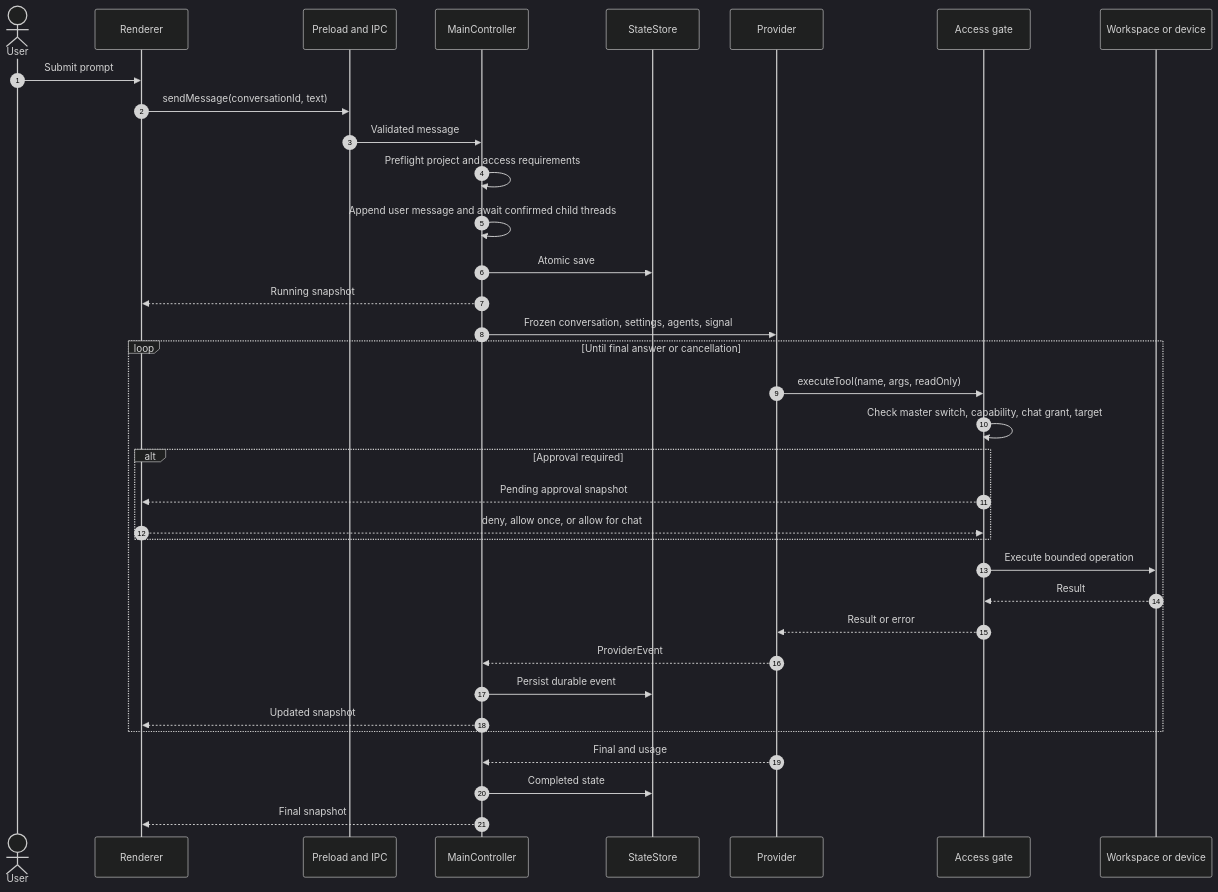
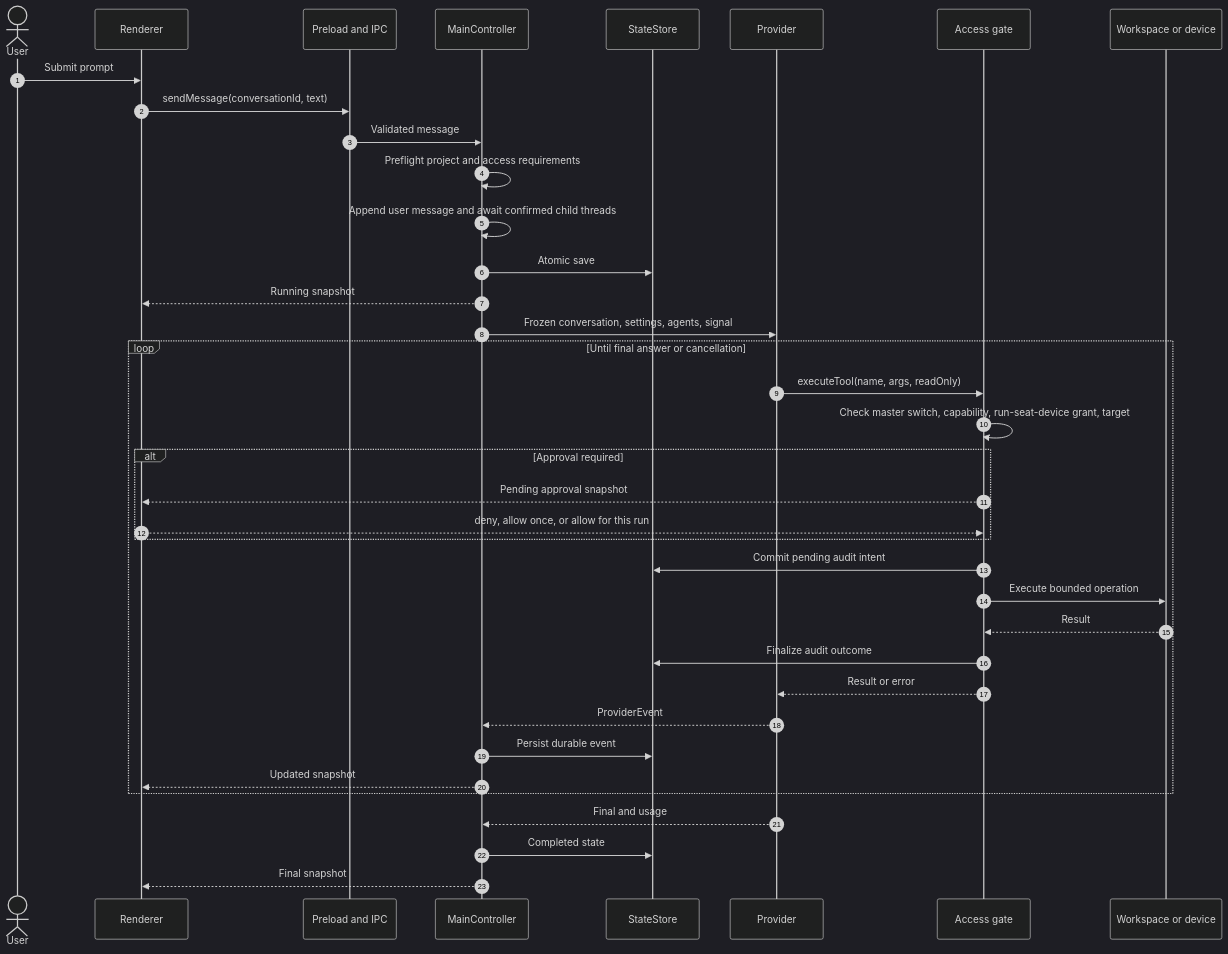
One commit to earlyaidopters/grokky changed the fourth of 12 diagrams in docs/ARCHITECTURE.md. Above: the diagram before and after it, drawn with Mermaid (dark theme). The commit also changed other lines of this file and 60 other files, not shown here.

````diff
--- a/docs/ARCHITECTURE.md
+++ b/docs/ARCHITECTURE.md
@@ -117,40 +123,42 @@
 ```mermaid
 sequenceDiagram
   autonumber
   actor U as User
   participant UI as Renderer
   participant IPC as Preload and IPC
   participant MC as MainController
   participant ST as StateStore
   participant PS as Provider
   participant AC as Access gate
   participant WS as Workspace or device
 
   U->>UI: Submit prompt
   UI->>IPC: sendMessage(conversationId, text)
   IPC->>MC: Validated message
   MC->>MC: Preflight project and access requirements
   MC->>MC: Append user message and await confirmed child threads
   MC->>ST: Atomic save
   MC-->>UI: Running snapshot
   MC->>PS: Frozen conversation, settings, agents, signal
 
   loop Until final answer or cancellation
     PS->>AC: executeTool(name, args, readOnly)
-    AC->>AC: Check master switch, capability, chat grant, target
+    AC->>AC: Check master switch, capability, run-seat-device grant, target
     alt Approval required
       AC-->>UI: Pending approval snapshot
-      UI-->>AC: deny, allow once, or allow for chat
+      UI-->>AC: deny, allow once, or allow for this run
     end
+    AC->>ST: Commit pending audit intent
     AC->>WS: Execute bounded operation
     WS-->>AC: Result
+    AC->>ST: Finalize audit outcome
     AC-->>PS: Result or error
     PS-->>MC: ProviderEvent
     MC->>ST: Persist durable event
     MC-->>UI: Updated snapshot
   end
 
   PS-->>MC: Final and usage
   MC->>ST: Completed state
   MC-->>UI: Final snapshot
 ```
````
